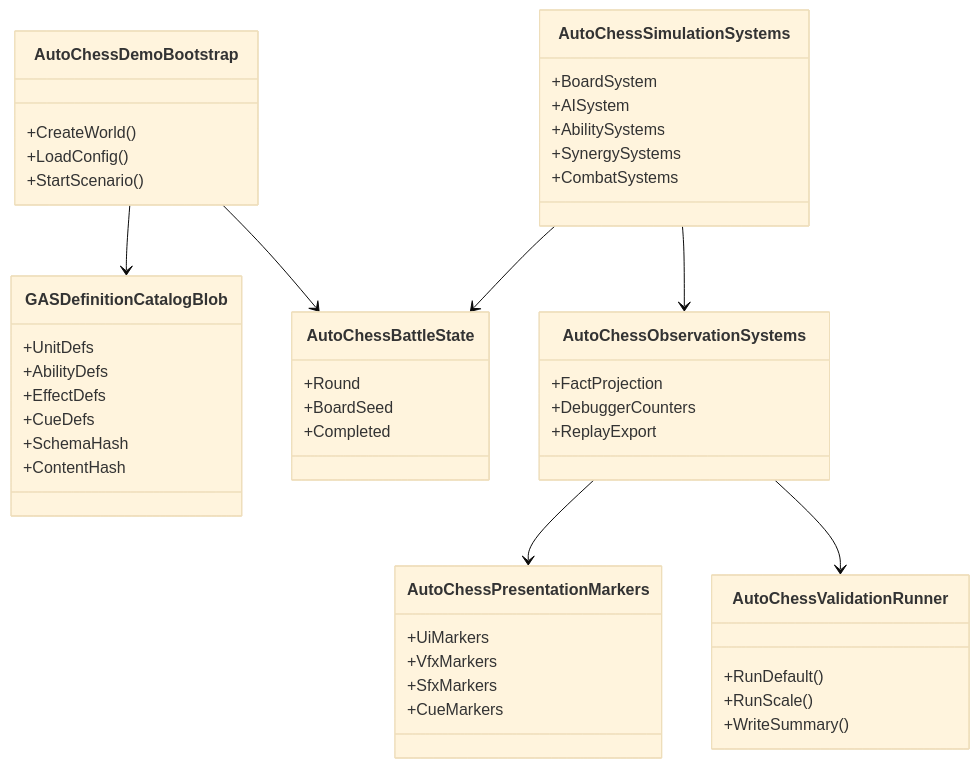
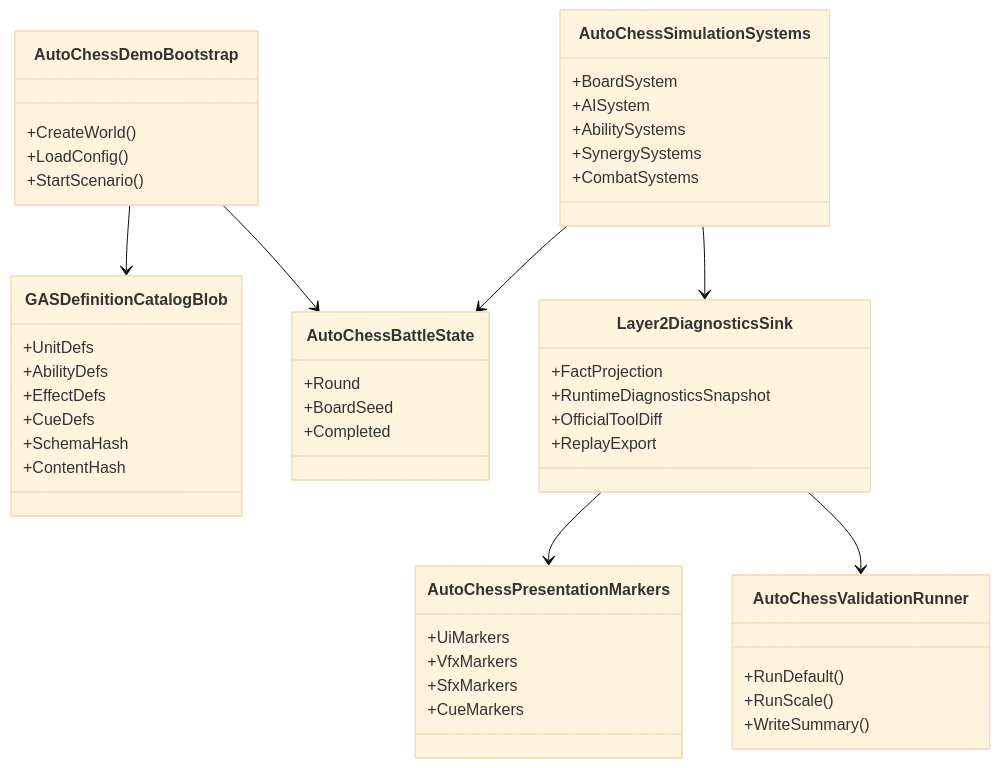
Before and after one commit to Bo-ki/gameplay-ability-system-for-unity: the third of 3 diagrams in 方案讨论/针对2.0的ECS架构的迭代方案讨论/01-目标态架构共识/10-AutoChess无头验收Spec.md, drawn with Mermaid (base theme). The commit also changed other lines of this file and 72 other files, not shown here.

````diff
--- a/方案讨论/针对2.0的ECS架构的迭代方案讨论/01-目标态架构共识/10-AutoChess无头验收Spec.md
+++ b/方案讨论/针对2.0的ECS架构的迭代方案讨论/01-目标态架构共识/10-AutoChess无头验收Spec.md
@@ -348,51 +382,52 @@
 ```mermaid
 classDiagram
     class AutoChessDemoBootstrap {
         +CreateWorld()
         +LoadConfig()
         +StartScenario()
     }
     class GASDefinitionCatalogBlob {
         +UnitDefs
         +AbilityDefs
         +EffectDefs
         +CueDefs
         +SchemaHash
         +ContentHash
     }
     class AutoChessBattleState {
         +Round
         +BoardSeed
         +Completed
     }
     class AutoChessSimulationSystems {
         +BoardSystem
         +AISystem
         +AbilitySystems
         +SynergySystems
         +CombatSystems
     }
-    class AutoChessObservationSystems {
+    class Layer2DiagnosticsSink {
         +FactProjection
-        +DebuggerCounters
+        +RuntimeDiagnosticsSnapshot
+        +OfficialToolDiff
         +ReplayExport
     }
     class AutoChessPresentationMarkers {
         +UiMarkers
         +VfxMarkers
         +SfxMarkers
         +CueMarkers
     }
     class AutoChessValidationRunner {
         +RunDefault()
         +RunScale()
         +WriteSummary()
     }
 
     AutoChessDemoBootstrap --> GASDefinitionCatalogBlob
     AutoChessDemoBootstrap --> AutoChessBattleState
     AutoChessSimulationSystems --> AutoChessBattleState
-    AutoChessSimulationSystems --> AutoChessObservationSystems
-    AutoChessObservationSystems --> AutoChessPresentationMarkers
-    AutoChessObservationSystems --> AutoChessValidationRunner
+    AutoChessSimulationSystems --> Layer2DiagnosticsSink
+    Layer2DiagnosticsSink --> AutoChessPresentationMarkers
+    Layer2DiagnosticsSink --> AutoChessValidationRunner
 ```
````
